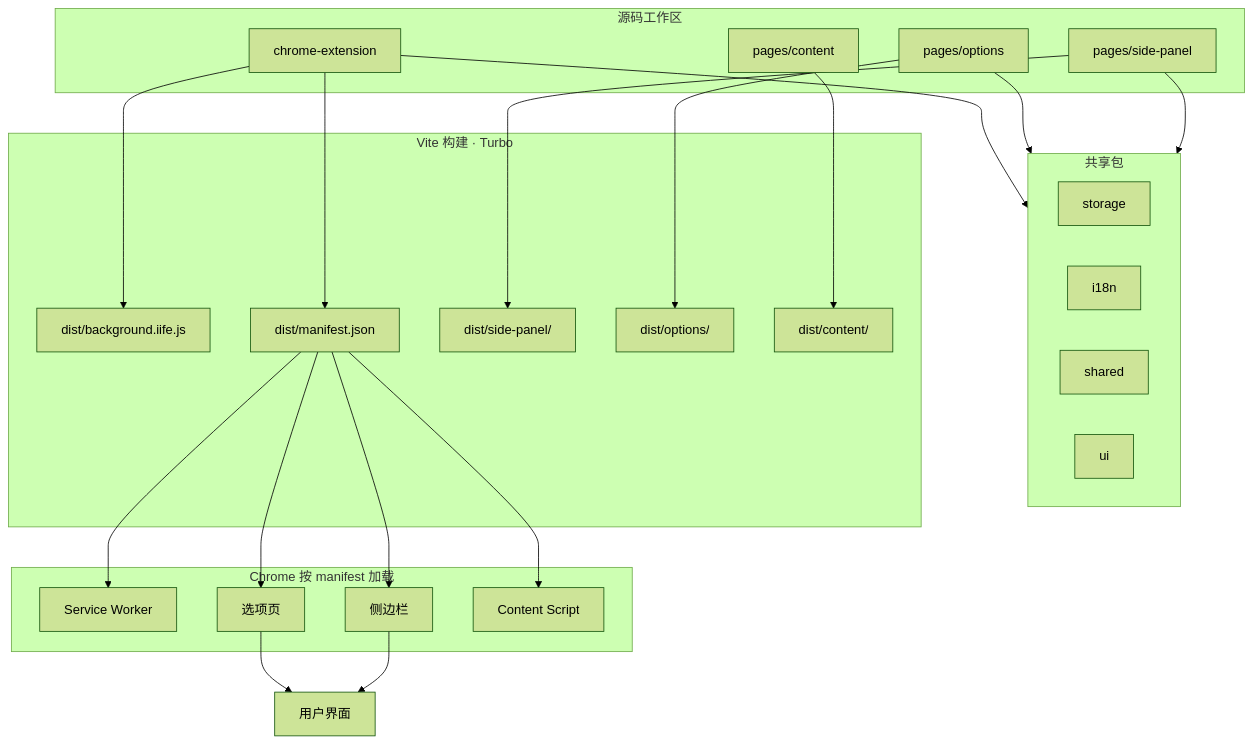
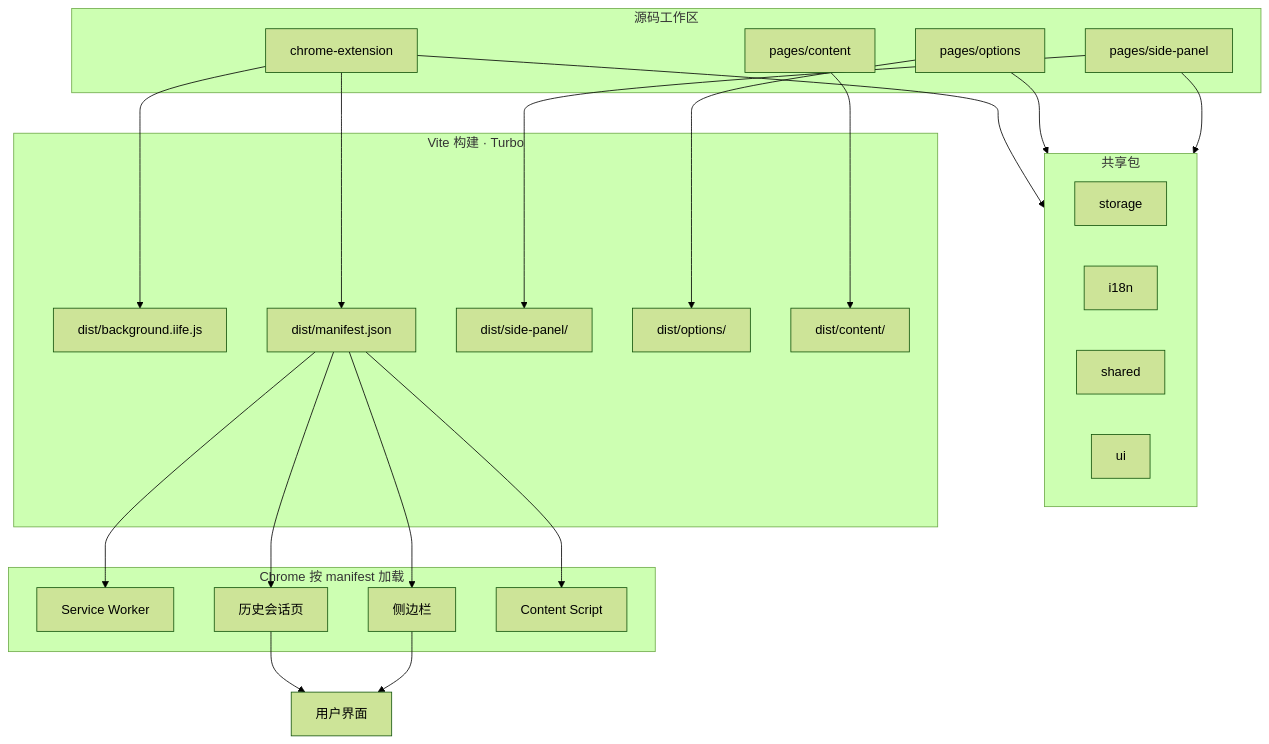
The first of 6 diagrams in README.md (AirSmithZ/aihrbrowser), drawn with Mermaid (forest theme) before and after one commit. The commit also changed other lines of this file and 5 other files, not shown here.

````diff
--- a/README.md
+++ b/README.md
@@ -57,37 +57,37 @@
 ```mermaid
 flowchart TB
   subgraph 源码["源码工作区"]
     CE[chrome-extension]
     SP[pages/side-panel]
     OP[pages/options]
     CT[pages/content]
   end
 
   subgraph 共享包["共享包"]
     ST[storage]
     I18N[i18n]
     SH[shared]
     UI_PKG[ui]
   end
 
   subgraph 构建["Vite 构建 · Turbo"]
     CE --> B0[dist/background.iife.js]
     CE --> MF[dist/manifest.json]
     SP --> B1[dist/side-panel/]
     OP --> B2[dist/options/]
     CT --> B3[dist/content/]
   end
 
   subgraph 运行["Chrome 按 manifest 加载"]
     MF --> R1[Service Worker]
     MF --> R2[侧边栏]
-    MF --> R3[选项页]
+    MF --> R3[历史会话页]
     MF --> R4[Content Script]
   end
 
   SP --> 共享包
   OP --> 共享包
   CE --> 共享包
   R2 --> UI[用户界面]
   R3 --> UI
 ```
````
